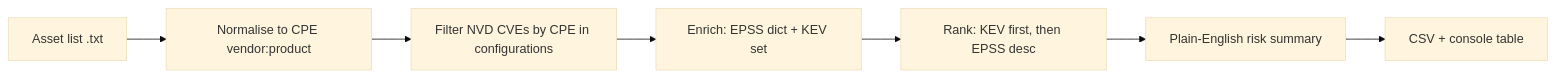
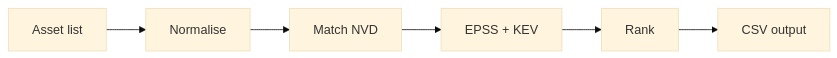
The diagram in PLAN.md (Tahir-Siddique/Hackathon2026), drawn with Mermaid (base theme) before and after one commit. The commit also changed other lines of this file, not shown here.

````diff
--- a/PLAN.md
+++ b/PLAN.md
@@ -102,9 +66,8 @@
 ```mermaid
 flowchart LR
-  A[Asset list .txt] --> B[Normalise to CPE vendor:product]
-  B --> C[Filter NVD CVEs by CPE in configurations]
-  C --> D[Enrich: EPSS dict + KEV set]
-  D --> E[Rank: KEV first, then EPSS desc]
-  E --> F[Plain-English risk summary]
-  F --> G[CSV + console table]
+  A[Asset list] --> B[Normalise]
+  B --> C[Match NVD]
+  C --> D[EPSS + KEV]
+  D --> E[Rank]
+  E --> F[CSV output]
 ```
````
